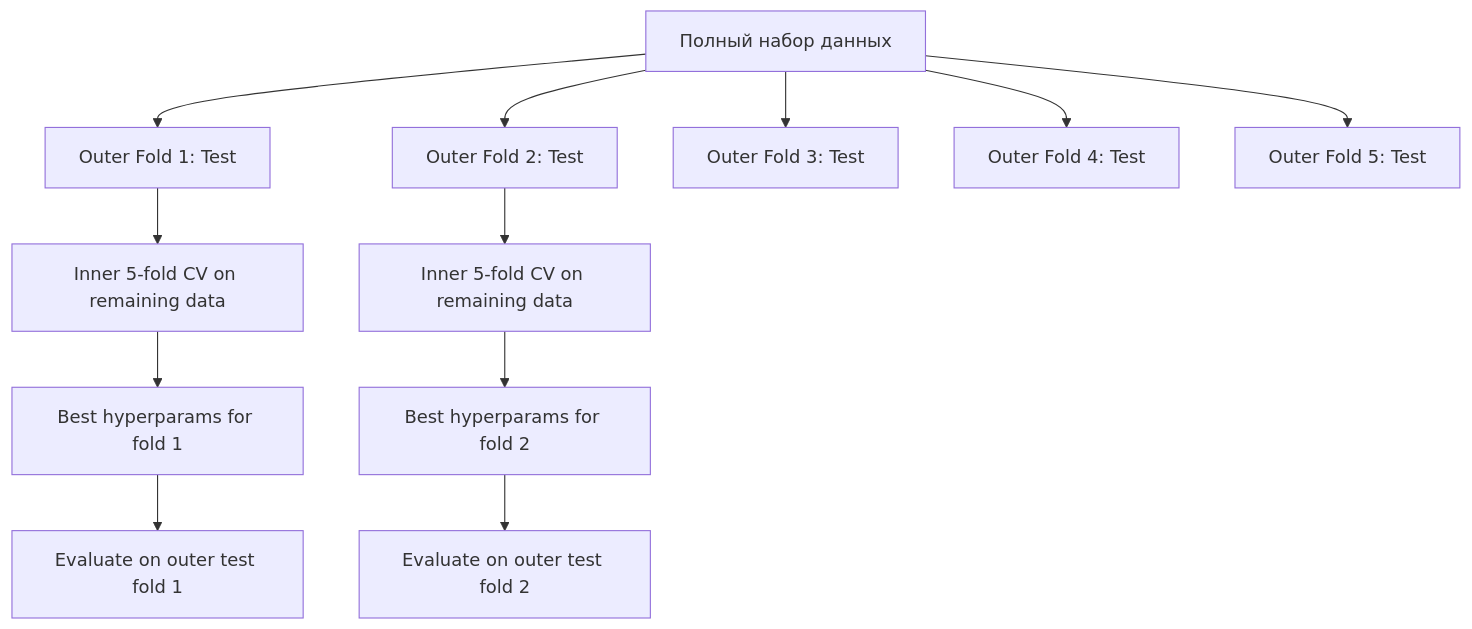
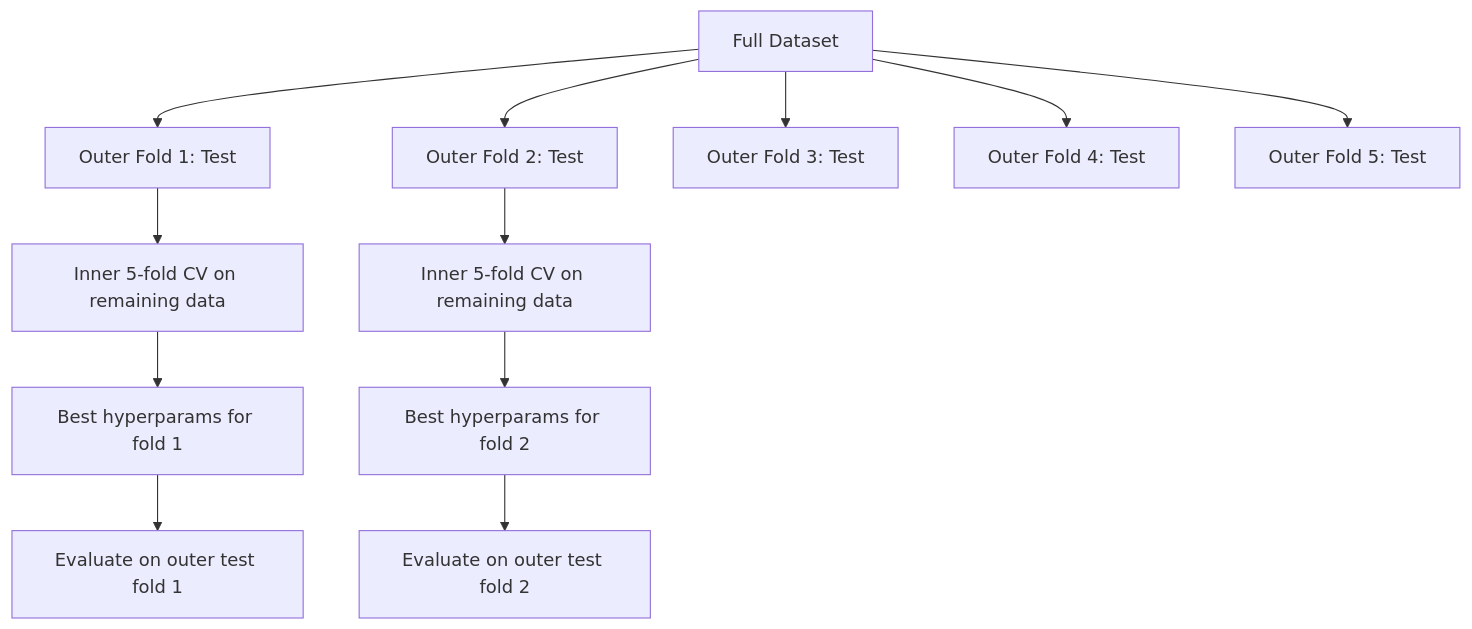
Before and after one commit to stabuev/ai-engineering-from-scratch: the fourth of 4 diagrams in phases/02-ml-fundamentals/12-hyperparameter-tuning/docs/ru.md, drawn with Mermaid. The commit also changed other lines of this file and 182 other files, not shown here.

````diff
--- a/phases/02-ml-fundamentals/12-hyperparameter-tuning/docs/ru.md
+++ b/phases/02-ml-fundamentals/12-hyperparameter-tuning/docs/ru.md
@@ -180,16 +180,16 @@
 ```mermaid
 flowchart TD
-    D[Полный набор данных] --> O1[Outer Fold 1: Test]
+    D[Full Dataset] --> O1[Outer Fold 1: Test]
     D --> O2[Outer Fold 2: Test]
     D --> O3[Outer Fold 3: Test]
     D --> O4[Outer Fold 4: Test]
     D --> O5[Outer Fold 5: Test]
 
     O1 --> I1[Inner 5-fold CV on remaining data]
     I1 --> T1[Best hyperparams for fold 1]
     T1 --> E1[Evaluate on outer test fold 1]
 
     O2 --> I2[Inner 5-fold CV on remaining data]
     I2 --> T2[Best hyperparams for fold 2]
     T2 --> E2[Evaluate on outer test fold 2]
 ```
````
